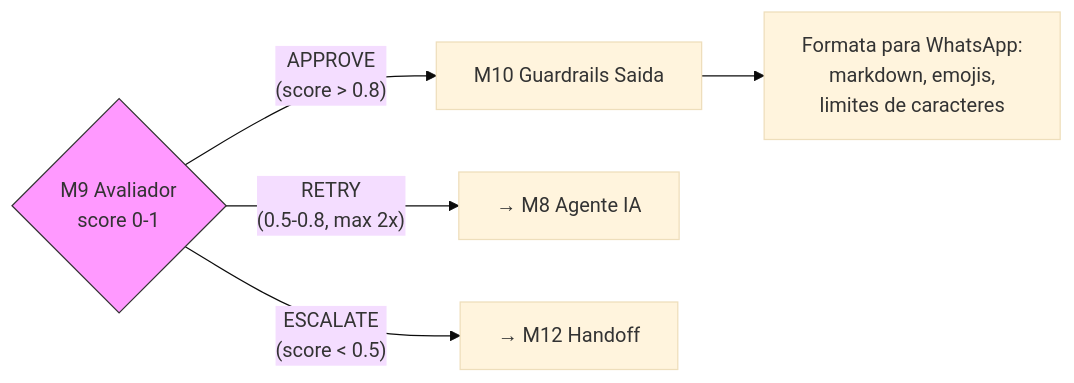
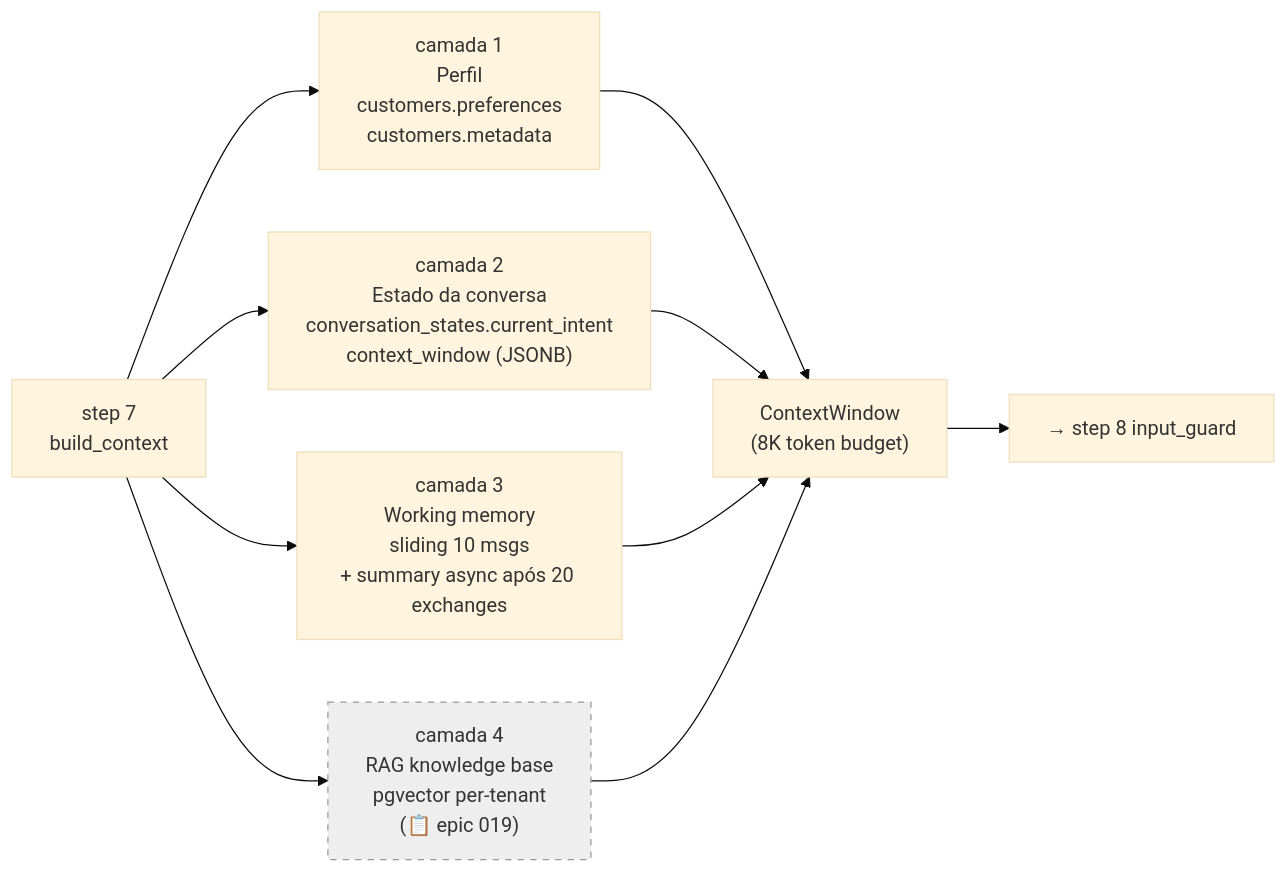
Before and after one commit to paceautomations/madruga.ai: diagram 15 of 33 in platforms/prosauai/business/process.md, drawn with Mermaid (base theme). The commit also changed other lines of this file and 1 other file, not shown here.

First line of the commit message:
docs(prosauai): process.md rewrite + epic 009 smoke evidence

````diff
--- a/platforms/prosauai/business/process.md
+++ b/platforms/prosauai/business/process.md
@@ -206,12 +937,10 @@
 ```mermaid
 flowchart LR
-    M9{"M9 Avaliador<br/>score 0-1"}
-
-    M9 -->|"APPROVE<br/>(score > 0.8)"| M10["M10 Guardrails Saida"]
-    M9 -->|"RETRY<br/>(0.5-0.8, max 2x)"| M8["→ M8 Agente IA"]
-    M9 -->|"ESCALATE<br/>(score < 0.5)"| M12["→ M12 Handoff"]
-
-    M10 --> OK["Formata para WhatsApp:<br/>markdown, emojis,<br/>limites de caracteres"]
-
-    style M9 fill:#f9f,stroke:#333
+    S["step 7<br/>build_context"] --> L1["camada 1<br/>Perfil<br/>customers.preferences<br/>customers.metadata"]
+    S --> L2["camada 2<br/>Estado da conversa<br/>conversation_states.current_intent<br/>context_window (JSONB)"]
+    S --> L3["camada 3<br/>Working memory<br/>sliding 10 msgs<br/>+ summary async após 20 exchanges"]
+    S --> L4["camada 4<br/>RAG knowledge base<br/>pgvector per-tenant<br/>(📋 epic 019)"]
+    L1 & L2 & L3 & L4 --> CTX["ContextWindow<br/>(8K token budget)"]
+    CTX --> STEP8["→ step 8 input_guard"]
+    style L4 fill:#eee,stroke:#999,stroke-dasharray: 5 5
 ```
````
